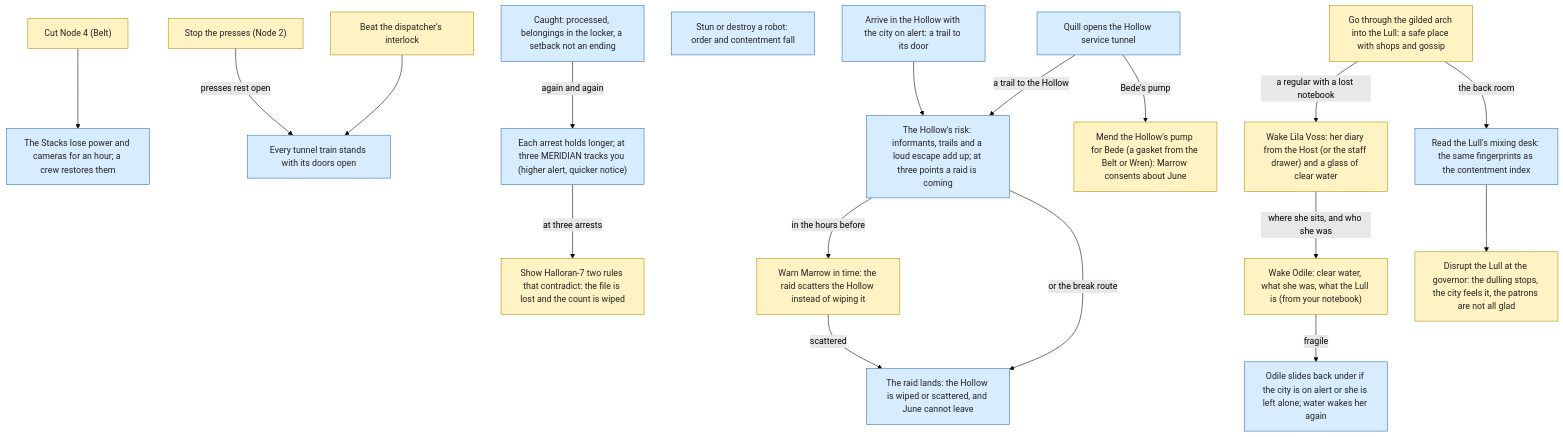
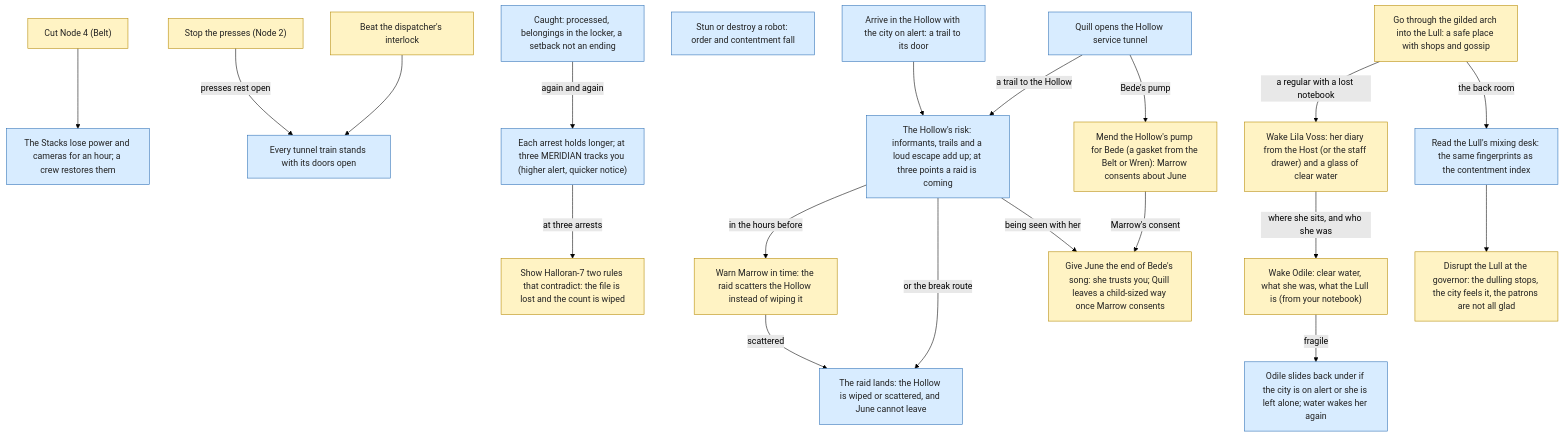
The fifth of 7 diagrams in docs/decision-tree.md (chrislee35/quiet-hours), drawn with Mermaid (forest theme) before and after one commit. The commit also changed 11 other files, not shown here.

Commit message:
T4.6: June's arc: the end of Bede's song earns her trust, the truth about outside, Quill's child-sized way once Marrow consents, asking her to come, her route requirements and the risk of being seen with her; every candidate can now be brought; tests and docs

````diff
--- a/docs/decision-tree.md
+++ b/docs/decision-tree.md
@@ -184,47 +184,50 @@
 ```mermaid
 flowchart TD
   n_power["Cut Node 4 (Belt)"]
   n_blackout["The Stacks lose power and cameras for an hour; a crew restores them"]
   n_node2["Stop the presses (Node 2)"]
   n_interlock["Beat the dispatcher's interlock"]
   n_stopped["Every tunnel train stands with its doors open"]
   n_hollowdoor["Quill opens the Hollow service tunnel"]
   n_hollowrisk["The Hollow's risk: informants, trails and a loud escape add up; at three points a raid is coming"]
   n_stunned["Stun or destroy a robot: order and contentment fall"]
   n_caught["Caught: processed, belongings in the locker, a setback not an ending"]
   n_escalate["Each arrest holds longer; at three MERIDIAN tracks you (higher alert, quicker notice)"]
   n_halloran["Show Halloran-7 two rules that contradict: the file is lost and the count is wiped"]
   n_lullarch["Go through the gilded arch into the Lull: a safe place with shops and gossip"]
   n_lila["Wake Lila Voss: her diary from the Host (or the staff drawer) and a glass of clear water"]
   n_lullcore["Read the Lull's mixing desk: the same fingerprints as the contentment index"]
   n_odilewake["Wake Odile: clear water, what she was, what the Lull is (from your notebook)"]
   n_odilelapse["Odile slides back under if the city is on alert or she is left alone; water wakes her again"]
   n_tomatoes["Mend the Hollow's pump for Bede (a gasket from the Belt or Wren): Marrow consents about June"]
   n_trail["Arrive in the Hollow with the city on alert: a trail to its door"]
   n_warn["Warn Marrow in time: the raid scatters the Hollow instead of wiping it"]
   n_raided["The raid lands: the Hollow is wiped or scattered, and June cannot leave"]
   n_disrupt["Disrupt the Lull at the governor: the dulling stops, the city feels it, the patrons are not all glad"]
+  n_june["Give June the end of Bede's song: she trusts you; Quill leaves a child-sized way once Marrow consents"]
   n_power --> n_blackout
   n_node2 -->|presses rest open| n_stopped
   n_interlock --> n_stopped
   n_hollowdoor -->|a trail to the Hollow| n_hollowrisk
   n_caught -->|again and again| n_escalate
   n_escalate -->|at three arrests| n_halloran
   n_lullarch -->|a regular with a lost notebook| n_lila
   n_lullarch -->|the back room| n_lullcore
   n_lila -->|where she sits, and who she was| n_odilewake
   n_odilewake -->|fragile| n_odilelapse
   n_hollowdoor -->|Bede's pump| n_tomatoes
   n_trail --> n_hollowrisk
   n_hollowrisk -->|in the hours before| n_warn
   n_hollowrisk -->|or the break route| n_raided
   n_warn -->|scattered| n_raided
   n_lullcore --> n_disrupt
-  class n_power,n_node2,n_interlock,n_halloran,n_lullarch,n_lila,n_odilewake,n_tomatoes,n_warn,n_disrupt decision
+  n_tomatoes -->|Marrow's consent| n_june
+  n_hollowrisk -->|being seen with her| n_june
+  class n_power,n_node2,n_interlock,n_halloran,n_lullarch,n_lila,n_odilewake,n_tomatoes,n_warn,n_disrupt,n_june decision
   class n_blackout,n_stopped,n_hollowdoor,n_hollowrisk,n_stunned,n_caught,n_escalate,n_lullcore,n_odilelapse,n_trail,n_raided outcome
   classDef decision fill:#fff3c4,stroke:#b58900,color:#222
   classDef outcome fill:#d8ecff,stroke:#2d6fb5,color:#222
   classDef achievement fill:#d9f2d9,stroke:#2e8b3d,color:#222
   classDef state fill:#eeeeee,stroke:#777,color:#222
   classDef planned stroke-dasharray:5 4,fill-opacity:0.5
 ```
````
